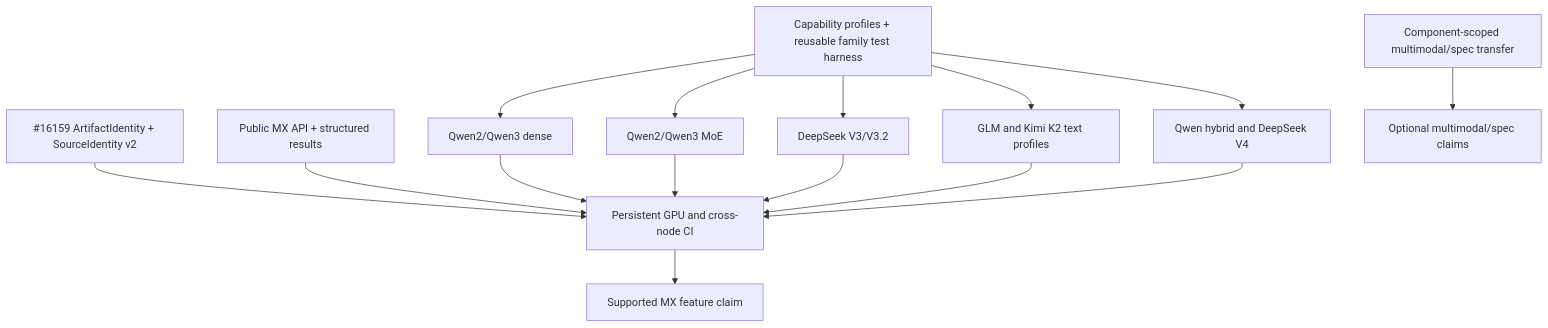
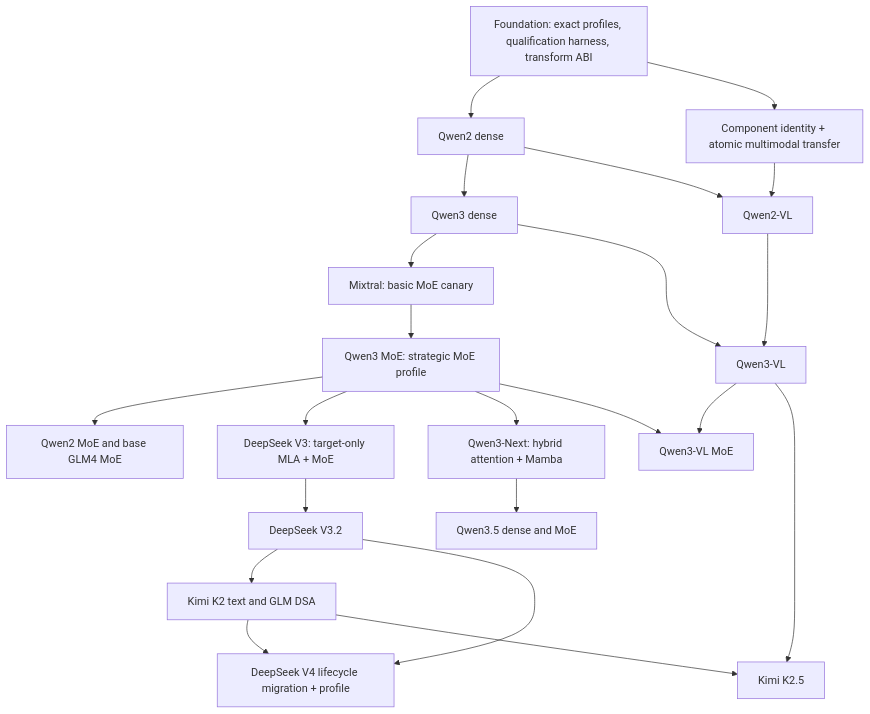
The diagram in docs/design/mx-gms-integration/21-mx-readiness-gaps-and-model-family-plan.md (chienchunhung/TensorRT-LLM), drawn with Mermaid before and after one commit. The commit also changed other lines of this file, not shown here.

Commit message:
[TRTLLM-12352][docs] order MX model-family rollout

````diff
--- a/docs/design/mx-gms-integration/21-mx-readiness-gaps-and-model-family-plan.md
+++ b/docs/design/mx-gms-integration/21-mx-readiness-gaps-and-model-family-plan.md
@@ -501,17 +532,28 @@
 ```mermaid
 flowchart TD
-    A["Capability profiles + reusable family test harness"] --> D["Qwen2/Qwen3 dense"]
-    A --> E["Qwen2/Qwen3 MoE"]
-    A --> F["DeepSeek V3/V3.2"]
-    A --> G["GLM and Kimi K2 text profiles"]
-    A --> H["Qwen hybrid and DeepSeek V4"]
-    B["#16159 ArtifactIdentity + SourceIdentity v2"] --> I["Persistent GPU and cross-node CI"]
-    C["Public MX API + structured results"] --> I
-    D --> I
-    E --> I
-    F --> I
-    G --> I
-    H --> I
-    I --> J["Supported MX feature claim"]
-    K["Component-scoped multimodal/spec transfer"] --> L["Optional multimodal/spec claims"]
+    F["Foundation: exact profiles, qualification harness, transform ABI"] --> Q2["Qwen2 dense"]
+    Q2 --> Q3["Qwen3 dense"]
+    Q3 --> M0["Mixtral: basic MoE canary"]
+    M0 --> M1["Qwen3 MoE: strategic MoE profile"]
+    M1 --> M2["Qwen2 MoE and base GLM4 MoE"]
+
+    M1 --> D3["DeepSeek V3: target-only MLA + MoE"]
+    D3 --> D32["DeepSeek V3.2"]
+    D32 --> DK["Kimi K2 text and GLM DSA"]
+
+    M1 --> H0["Qwen3-Next: hybrid attention + Mamba"]
+    H0 --> H1["Qwen3.5 dense and MoE"]
+
+    D32 --> D4["DeepSeek V4 lifecycle migration + profile"]
+    DK --> D4
+
+    F --> MM["Component identity + atomic multimodal transfer"]
+    Q2 --> Q2VL["Qwen2-VL"]
+    MM --> Q2VL
+    Q2VL --> Q3VL["Qwen3-VL"]
+    Q3 --> Q3VL
+    Q3VL --> Q3VLM["Qwen3-VL MoE"]
+    M1 --> Q3VLM
+    Q3VL --> K25["Kimi K2.5"]
+    DK --> K25
 ```
````
